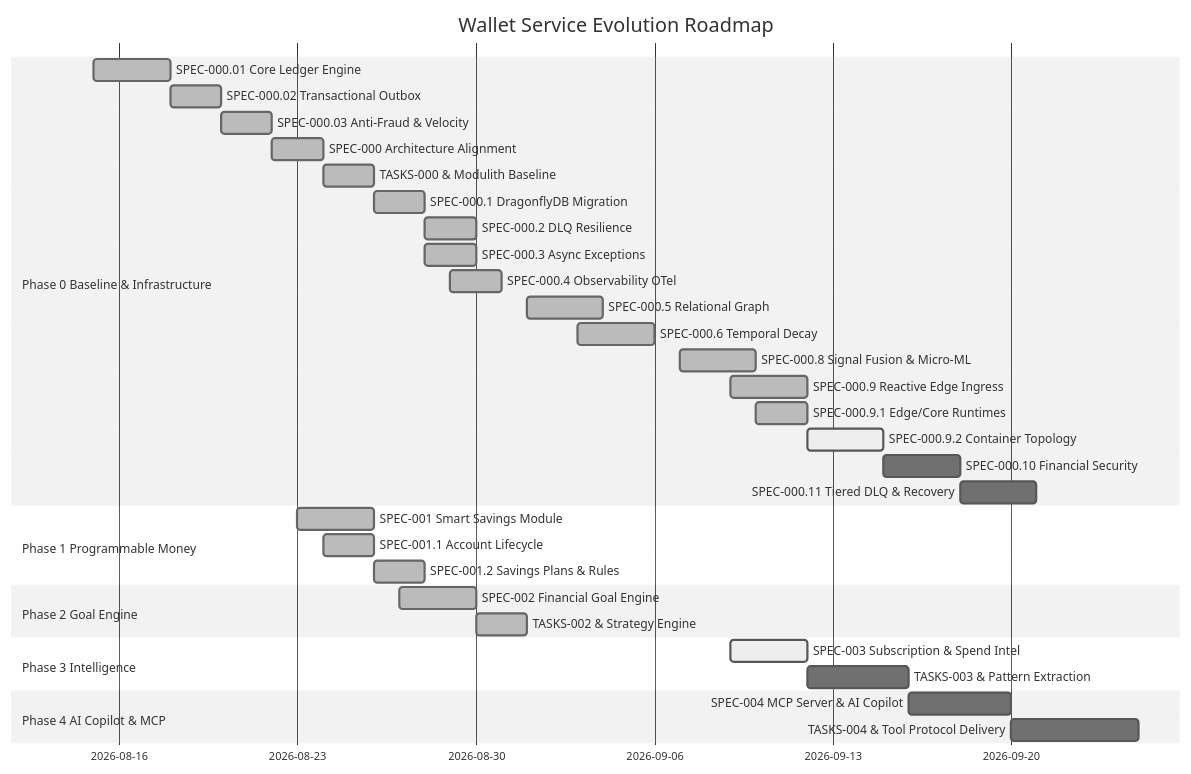
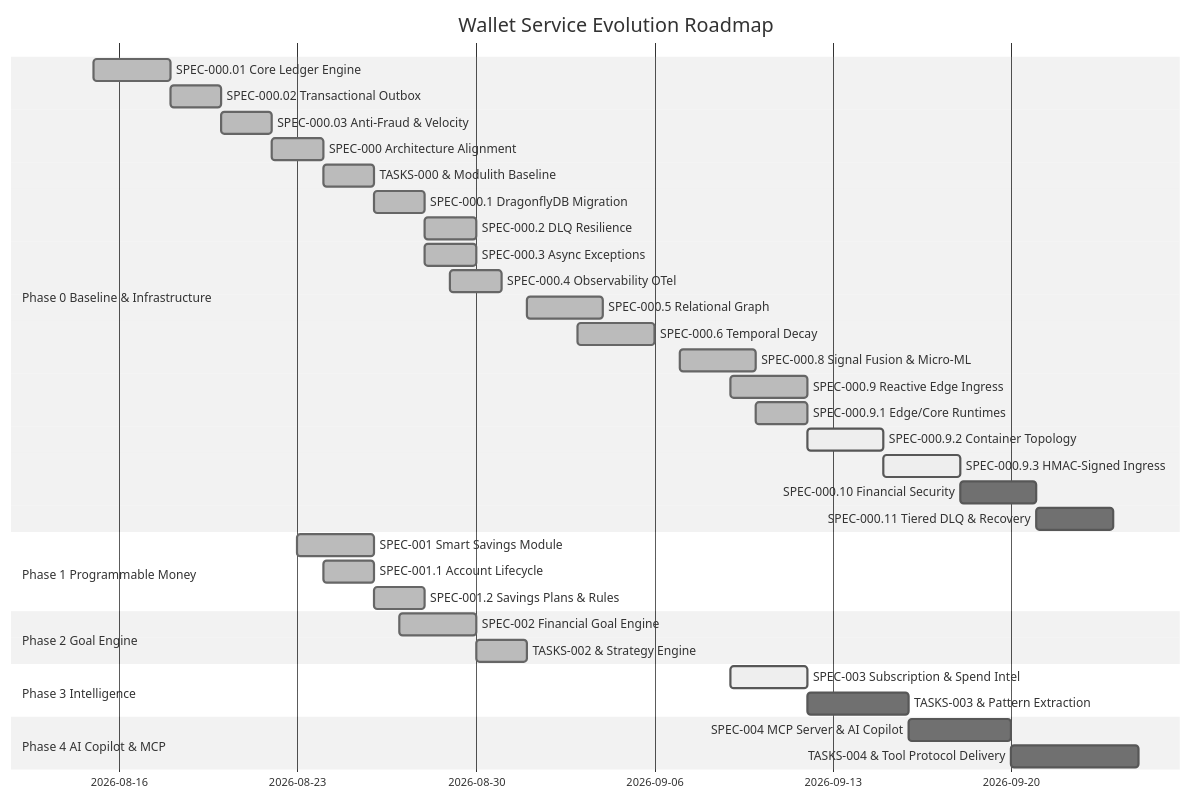
Before and after one commit to kyogoiano/wallet: the diagram in .spec/ROADMAP.md, drawn with Mermaid (neutral theme). The commit also changed other lines of this file and 8 other files, not shown here.

````diff
--- a/.spec/ROADMAP.md
+++ b/.spec/ROADMAP.md
@@ -111,36 +111,37 @@
 ```mermaid
 gantt
     title Wallet Service Evolution Roadmap
     dateFormat  YYYY-MM-DD
     section Phase 0 Baseline & Infrastructure
     SPEC-000.01 Core Ledger Engine      :done, p00_01, 2026-08-15, 3d
     SPEC-000.02 Transactional Outbox    :done, p00_02, 2026-08-18, 2d
     SPEC-000.03 Anti-Fraud & Velocity   :done, p00_03, 2026-08-20, 2d
     SPEC-000 Architecture Alignment     :done, p00_1, 2026-08-22, 2d
     TASKS-000 & Modulith Baseline       :done, p00_2, after p00_1, 2d
     SPEC-000.1 DragonflyDB Migration    :done, p00_3, 2026-08-26, 2d
     SPEC-000.2 DLQ Resilience           :done, p00_4, 2026-08-28, 2d
     SPEC-000.3 Async Exceptions         :done, p00_5, 2026-08-28, 2d
     SPEC-000.4 Observability OTel       :done, p00_6, 2026-08-29, 2d
     SPEC-000.5 Relational Graph         :done, p00_7, 2026-09-01, 3d
     SPEC-000.6 Temporal Decay           :done, p00_8, 2026-09-03, 3d
     SPEC-000.8 Signal Fusion & Micro-ML :done, p00_10, 2026-09-07, 3d
     SPEC-000.9 Reactive Edge Ingress    :done, p00_11, 2026-09-09, 3d
     SPEC-000.9.1 Edge/Core Runtimes     :done, p00_11_1, 2026-09-10, 2d
     SPEC-000.9.2 Container Topology     :active, p00_11_2, after p00_11_1, 3d
-    SPEC-000.10 Financial Security      :p00_12, after p00_11_2, 3d
+    SPEC-000.9.3 HMAC-Signed Ingress    :active, p00_11_3, after p00_11_2, 3d
+    SPEC-000.10 Financial Security      :p00_12, after p00_11_3, 3d
     SPEC-000.11 Tiered DLQ & Recovery   :p00_13, after p00_12, 3d
     section Phase 1 Programmable Money
     SPEC-001 Smart Savings Module       :done, p1_1, 2026-08-23, 3d
     SPEC-001.1 Account Lifecycle        :done, p1_2, 2026-08-24, 2d
     SPEC-001.2 Savings Plans & Rules    :done, p1_3, 2026-08-26, 2d
     section Phase 2 Goal Engine
     SPEC-002 Financial Goal Engine      :done, p2_1, 2026-08-27, 3d
     TASKS-002 & Strategy Engine         :done, p2_2, after p2_1, 2d
     section Phase 3 Intelligence
     SPEC-003 Subscription & Spend Intel :active, p3_1, 2026-09-09, 3d
     TASKS-003 & Pattern Extraction      :p3_2, after p3_1, 4d
     section Phase 4 AI Copilot & MCP
     SPEC-004 MCP Server & AI Copilot    :p4_1, after p3_2, 4d
     TASKS-004 & Tool Protocol Delivery  :p4_2, after p4_1, 5d
 ```
````
